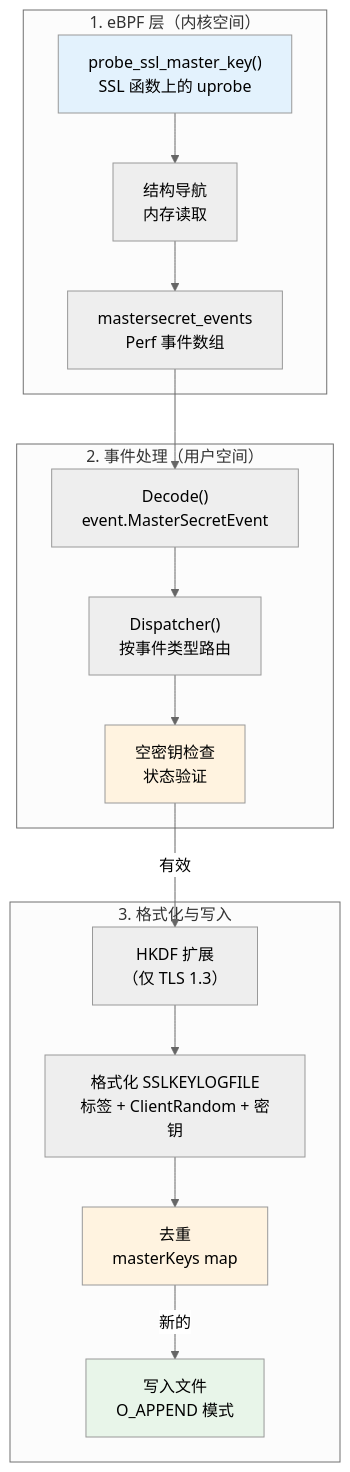
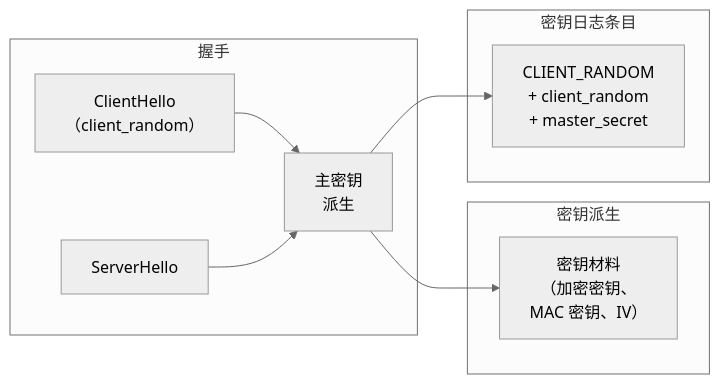
One commit to gojue/ecapture.cc changed the second of 4 diagrams in src/zh/4-output-formats/4.3-tls-key-logging.md. Above: the diagram before and after it, drawn with Mermaid (neutral theme). The commit also changed other lines of this file and 115 other files, not shown here.

````diff
--- a/src/zh/4-output-formats/4.3-tls-key-logging.md
+++ b/src/zh/4-output-formats/4.3-tls-key-logging.md
@@ -468,36 +221,20 @@
 ```mermaid
-graph TB
-    subgraph "1. eBPF 层（内核空间）"
-        PROBE["probe_ssl_master_key()<br/>SSL 函数上的 uprobe"]
-        EXTRACT["结构导航<br/>内存读取"]
-        EVENT["mastersecret_events<br/>Perf 事件数组"]
+flowchart LR
+    subgraph "握手"
+        CH["ClientHello<br/>（client_random）"]
+        SH["ServerHello"]
+        MS["主密钥<br/>派生"]
     end
     
-    subgraph "2. 事件处理（用户空间）"
-        DECODE["Decode()<br/>event.MasterSecretEvent"]
-        DISPATCH["Dispatcher()<br/>按事件类型路由"]
-        VALIDATE["空密钥检查<br/>状态验证"]
+    subgraph "密钥派生"
+        MS --> KM["密钥材料<br/>（加密密钥、<br/>MAC 密钥、IV）"]
     end
     
-    subgraph "3. 格式化与写入"
-        HKDF["HKDF 扩展<br/>（仅 TLS 1.3）"]
-        FORMAT_FUNC["格式化 SSLKEYLOGFILE<br/>标签 + ClientRandom + 密钥"]
-        DEDUP_CHECK["去重<br/>masterKeys map"]
-        WRITE_FILE["写入文件<br/>O_APPEND 模式"]
+    subgraph "密钥日志条目"
+        LOG["CLIENT_RANDOM<br/>+ client_random<br/>+ master_secret"]
     end
     
-    PROBE --> EXTRACT
-    EXTRACT --> EVENT
-    EVENT --> DECODE
-    DECODE --> DISPATCH
-    DISPATCH --> VALIDATE
-    VALIDATE -->|"有效"| HKDF
-    HKDF --> FORMAT_FUNC
-    FORMAT_FUNC --> DEDUP_CHECK
-    DEDUP_CHECK -->|"新的"| WRITE_FILE
-    
-    style PROBE fill:#e3f2fd
-    style VALIDATE fill:#fff3e0
-    style DEDUP_CHECK fill:#fff3e0
-    style WRITE_FILE fill:#e8f5e9
+    CH --> MS
+    SH --> MS
+    MS --> LOG
 ```
````
